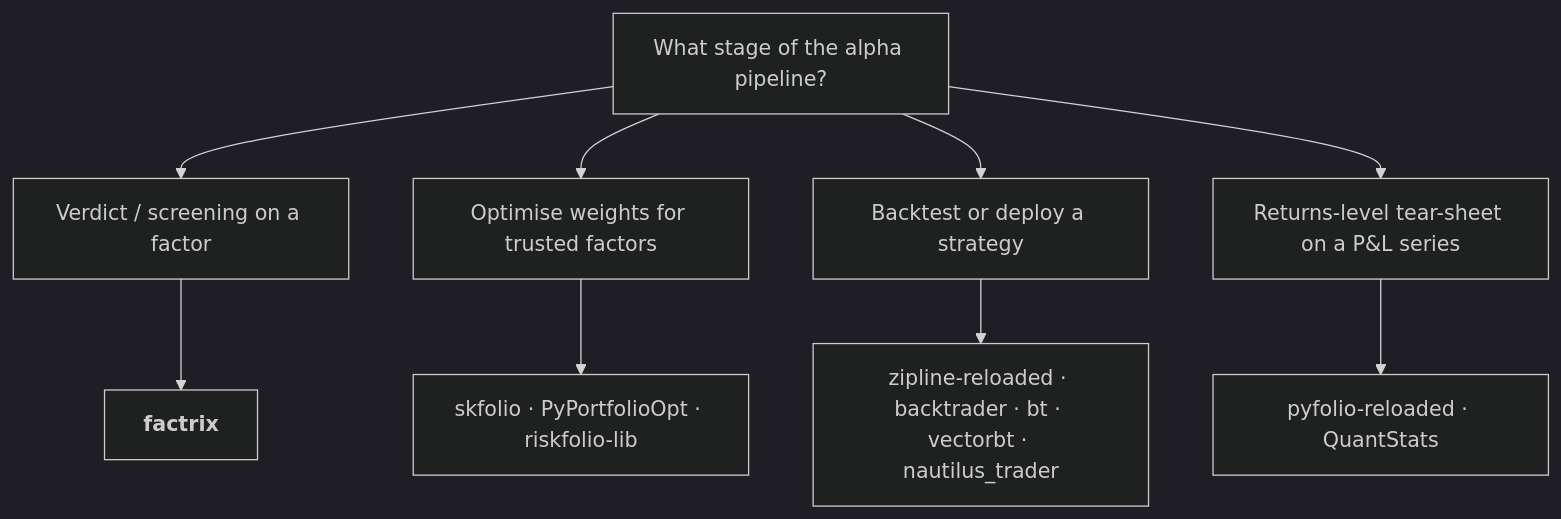
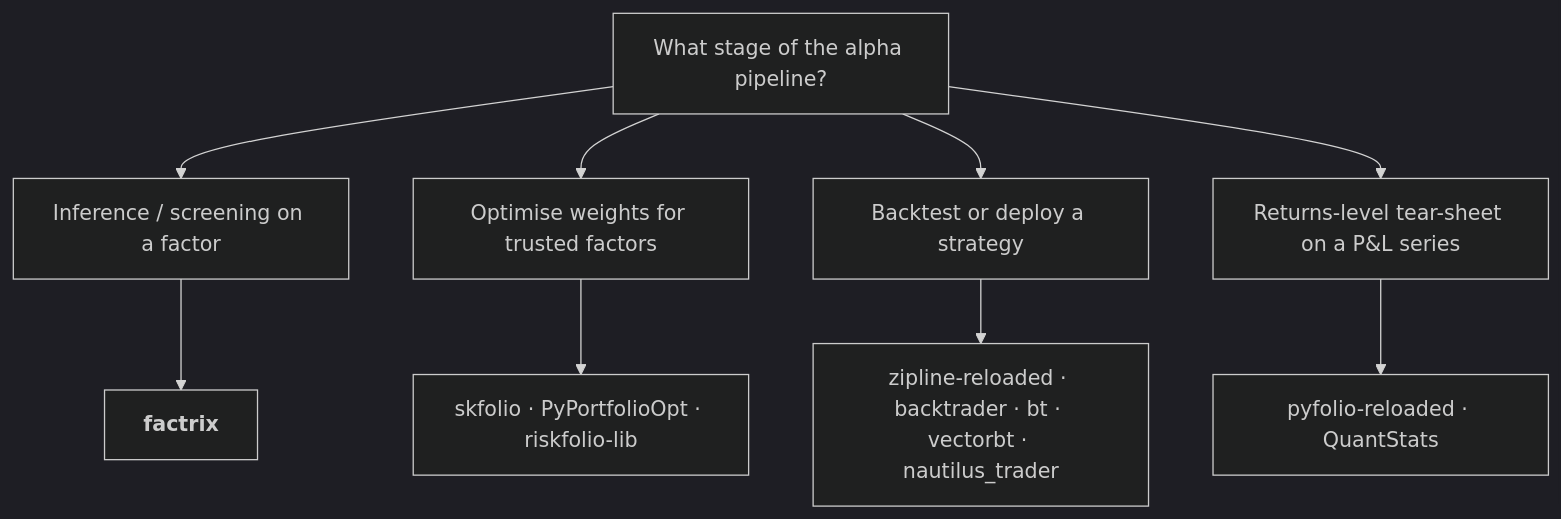
Before and after one commit to awwesomeman/factrix: the third of 3 diagrams in docs/where-factrix-fits.md, drawn with Mermaid (dark theme). The commit also changed other lines of this file and 36 other files, not shown here.

First line of the commit message:
refactor!: remove FactorProfile.verdict() (#243)

````diff
--- a/docs/where-factrix-fits.md
+++ b/docs/where-factrix-fits.md
@@ -412,11 +412,11 @@
 ```mermaid
 flowchart TD
-    A[What stage of the alpha pipeline?] --> F[Verdict / screening on a factor]
+    A[What stage of the alpha pipeline?] --> F[Inference / screening on a factor]
     A --> W[Optimise weights for trusted factors]
     A --> E[Backtest or deploy a strategy]
     A --> R[Returns-level tear-sheet on a P&L series]
     F --> FX[<b>factrix</b>]
     W --> WX[skfolio · PyPortfolioOpt · riskfolio-lib]
     E --> EX[zipline-reloaded · backtrader · bt · vectorbt · nautilus_trader]
     R --> RX[pyfolio-reloaded · QuantStats]
 ```
````
